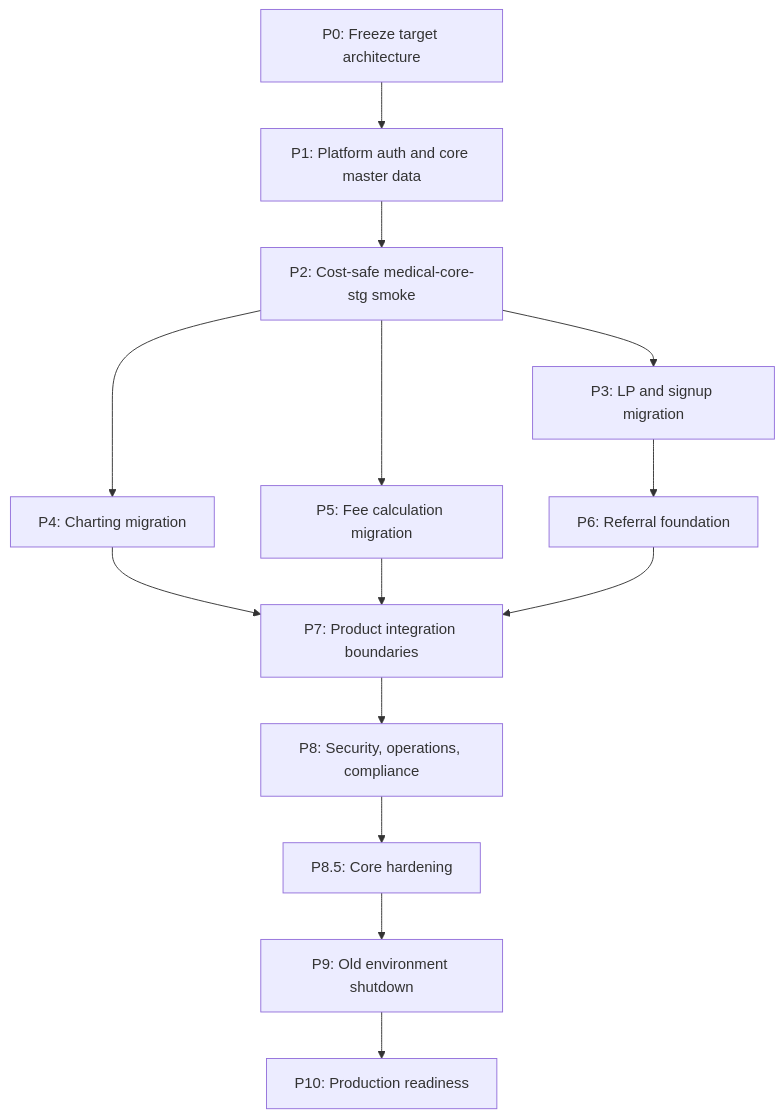
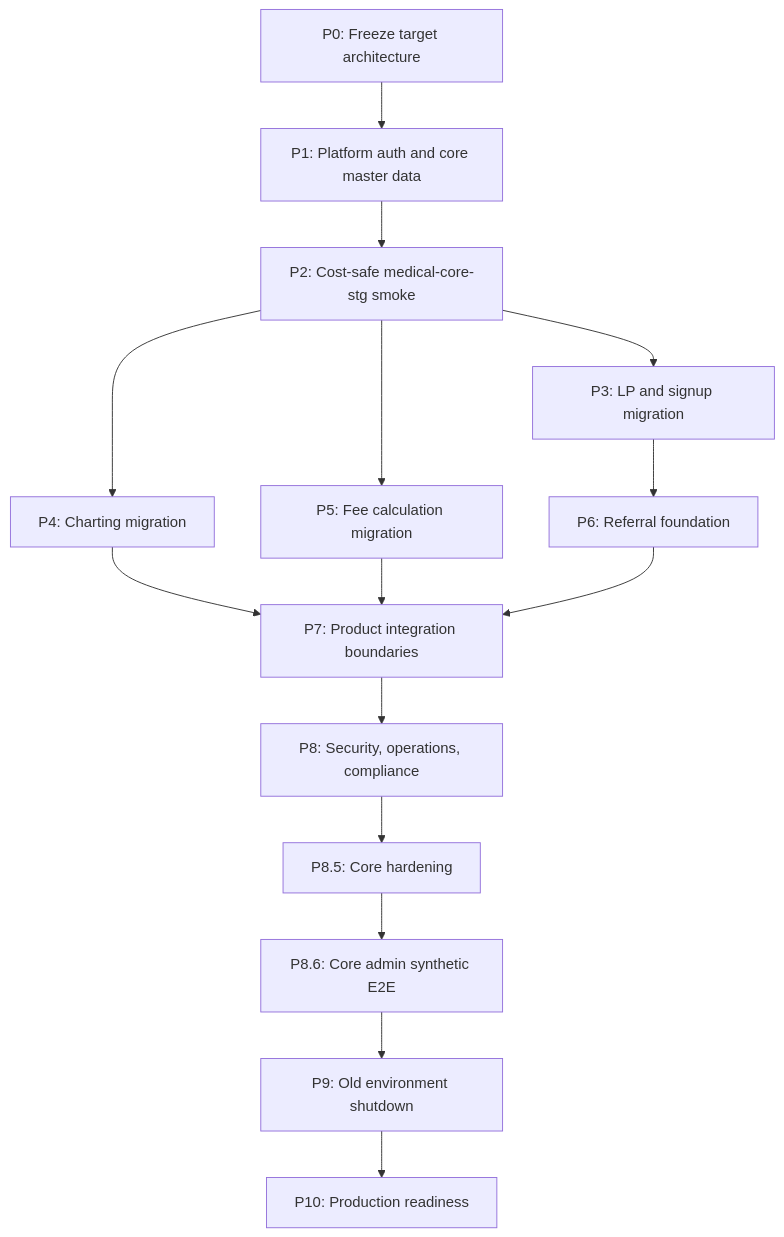
One commit to k-hirade/halunasu changed the diagram in docs/architecture/005-rearchitecture-completion-roadmap.md. Above: the diagram before and after it, drawn with Mermaid. The commit also changed other lines of this file and 11 other files, not shown here.

Commit message:
Complete P8.6 core admin synthetic e2e

````diff
--- a/docs/architecture/005-rearchitecture-completion-roadmap.md
+++ b/docs/architecture/005-rearchitecture-completion-roadmap.md
@@ -63,24 +63,25 @@
 ```mermaid
 flowchart TB
   P0["P0: Freeze target architecture"]
   P1["P1: Platform auth and core master data"]
   P2["P2: Cost-safe medical-core-stg smoke"]
   P3["P3: LP and signup migration"]
   P4["P4: Charting migration"]
   P5["P5: Fee calculation migration"]
   P6["P6: Referral foundation"]
   P7["P7: Product integration boundaries"]
   P8["P8: Security, operations, compliance"]
   P85["P8.5: Core hardening"]
+  P86["P8.6: Core admin synthetic E2E"]
   P9["P9: Old environment shutdown"]
   P10["P10: Production readiness"]
 
   P0 --> P1 --> P2 --> P3
   P2 --> P4
   P2 --> P5
   P3 --> P6
   P4 --> P7
   P5 --> P7
   P6 --> P7
-  P7 --> P8 --> P85 --> P9 --> P10
+  P7 --> P8 --> P85 --> P86 --> P9 --> P10
 ```
````
